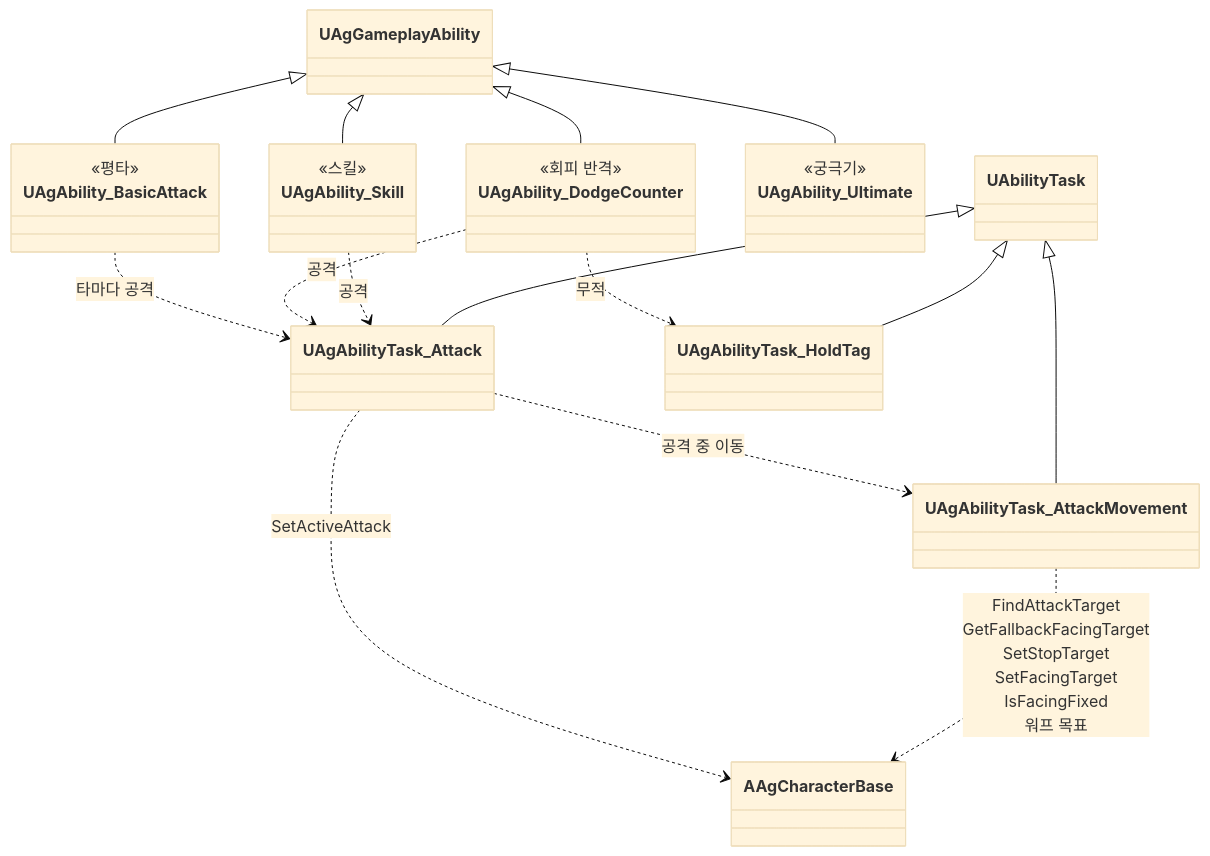
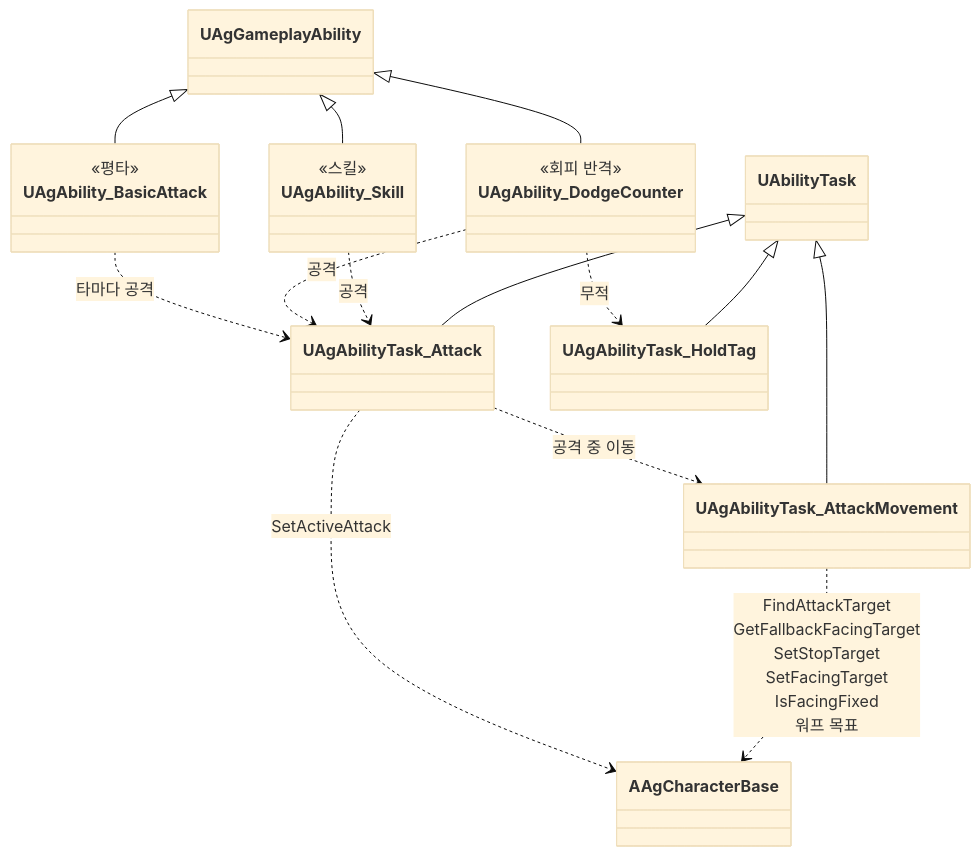
Before and after one commit to Woogl/Ag: the fifth of 21 diagrams in Docs/Program/클래스 구조도.md, drawn with Mermaid (base theme). The commit also changed other lines of this file and 44 other files, not shown here.

````diff
--- a/Docs/Program/클래스 구조도.md
+++ b/Docs/Program/클래스 구조도.md
@@ -188,31 +189,27 @@
 ```mermaid
 classDiagram
     direction TB
     class UAgAbility_BasicAttack {
         <<평타>>
     }
     class UAgAbility_DodgeCounter {
         <<회피 반격>>
     }
     class UAgAbility_Skill {
         <<스킬>>
     }
-    class UAgAbility_Ultimate {
-        <<궁극기>>
-    }
     UAgGameplayAbility <|-- UAgAbility_BasicAttack
     UAgGameplayAbility <|-- UAgAbility_DodgeCounter
     UAgGameplayAbility <|-- UAgAbility_Skill
-    UAgGameplayAbility <|-- UAgAbility_Ultimate
 
     UAgAbility_BasicAttack ..> UAgAbilityTask_Attack : 타마다 공격
     UAgAbility_DodgeCounter ..> UAgAbilityTask_Attack : 공격
     UAgAbility_Skill ..> UAgAbilityTask_Attack : 공격
     UAgAbility_DodgeCounter ..> UAgAbilityTask_HoldTag : 무적
     UAgAbilityTask_Attack ..> AAgCharacterBase : SetActiveAttack
     UAgAbilityTask_Attack ..> UAgAbilityTask_AttackMovement : 공격 중 이동
     UAgAbilityTask_AttackMovement ..> AAgCharacterBase : FindAttackTarget<br>GetFallbackFacingTarget<br>SetStopTarget<br>SetFacingTarget<br>IsFacingFixed<br>워프 목표
     UAbilityTask <|-- UAgAbilityTask_Attack
     UAbilityTask <|-- UAgAbilityTask_AttackMovement
     UAbilityTask <|-- UAgAbilityTask_HoldTag
 ```
````
